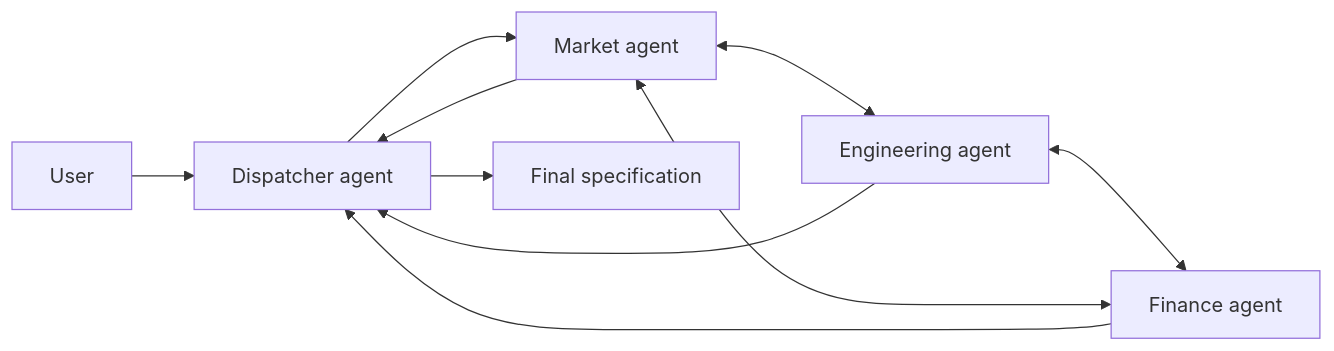
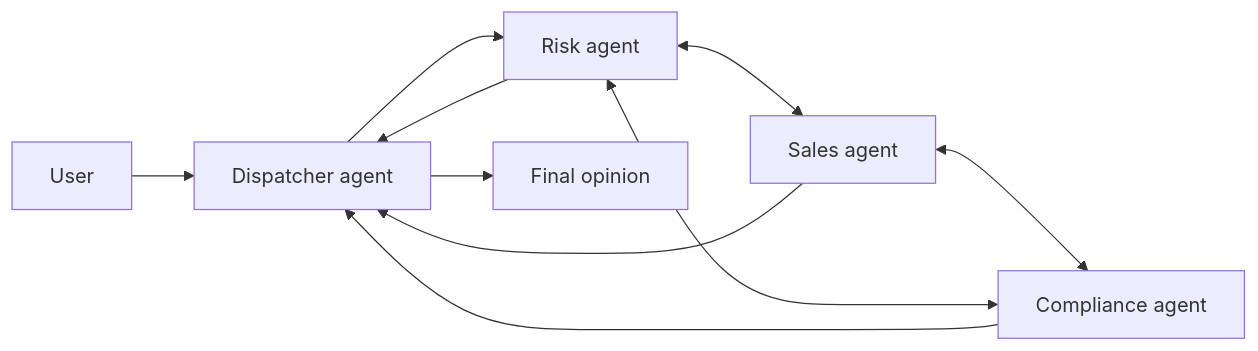
The diagram in i18n/en/docusaurus-plugin-content-docs/current/ai/agent-patterns/dynamic-orchestration/multi-agent-swarm.md (alancesar/design-patterns), drawn with Mermaid before and after one commit. The commit also changed other lines of this file and 13 other files, not shown here.

Commit message:
Switch agent-patterns concrete diagrams to fintech scenarios

````diff
--- a/i18n/en/docusaurus-plugin-content-docs/current/ai/agent-patterns/dynamic-orchestration/multi-agent-swarm.md
+++ b/i18n/en/docusaurus-plugin-content-docs/current/ai/agent-patterns/dynamic-orchestration/multi-agent-swarm.md
@@ -55,12 +55,12 @@
 ```mermaid
 flowchart LR
     U["User"] --> D["Dispatcher agent"]
-    D --> M["Market agent"]
-    M <--> E["Engineering agent"]
-    E <--> F["Finance agent"]
+    D --> M["Risk agent"]
+    M <--> E["Sales agent"]
+    E <--> F["Compliance agent"]
     F <--> M
     M --> D
     E --> D
     F --> D
-    D --> R["Final specification"]
+    D --> R["Final opinion"]
 ```
````
